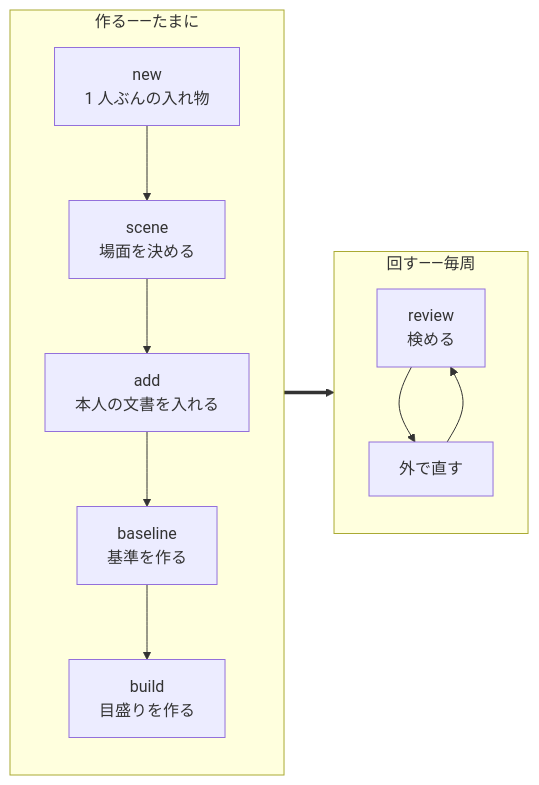
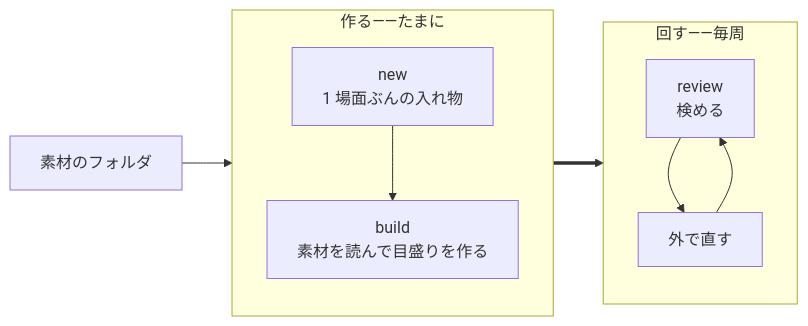
The diagram in docs/design/200-command.md (lambdalisue/kuchiyose), drawn with Mermaid before and after one commit. The commit also changed other lines of this file and 20 other files, not shown here.

````diff
--- a/docs/design/200-command.md
+++ b/docs/design/200-command.md
@@ -15,16 +15,14 @@
 ```mermaid
 flowchart LR
-    subgraph make["作る——たまに"]
-        direction TB
-        new["new<br/>1 人ぶんの入れ物"] --> scene["scene<br/>場面を決める"]
-        scene --> add["add<br/>本人の文書を入れる"]
-        add --> base["baseline<br/>基準を作る"]
-        base --> build["build<br/>目盛りを作る"]
-    end
-    subgraph loop["回す——毎周"]
-        direction TB
-        review["review<br/>検める"] --> fix["外で直す"]
-        fix --> review
-    end
-    build ==> review
+  subgraph make["作る——たまに"]
+    direction TB
+    new["new<br/>1 場面ぶんの入れ物"] --> build["build<br/>素材を読んで目盛りを作る"]
+  end
+  subgraph loop["回す——毎周"]
+    direction TB
+    review["review<br/>検める"] --> fix["外で直す"]
+    fix --> review
+  end
+  src["素材のフォルダ"] --> build
+  build ==> review
 ```
````
